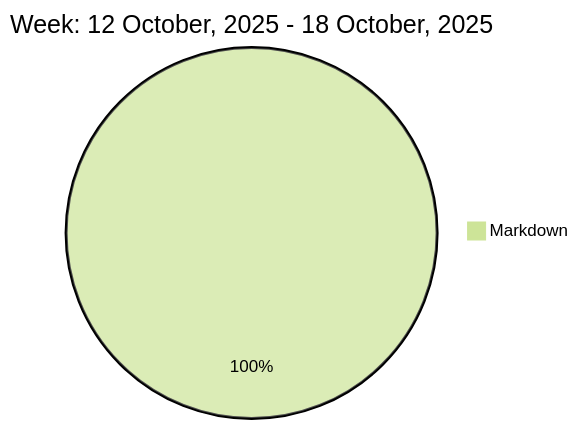
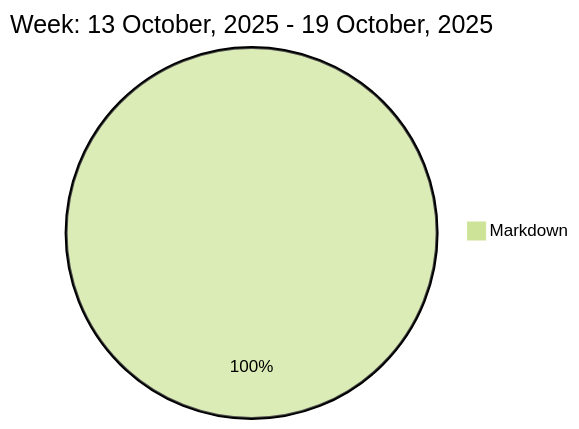
The diagram in README.md (liubin95/liubin95), drawn with Mermaid (forest theme) before and after one commit.

Commit message:
Updated the Graph with new Metrics

````diff
--- a/README.md
+++ b/README.md
@@ -37,5 +37,5 @@
 ```mermaid
  pie
-title Week: 12 October, 2025 - 18 October, 2025
+title Week: 13 October, 2025 - 19 October, 2025
  "Markdown" : 2.25
 ```
````
